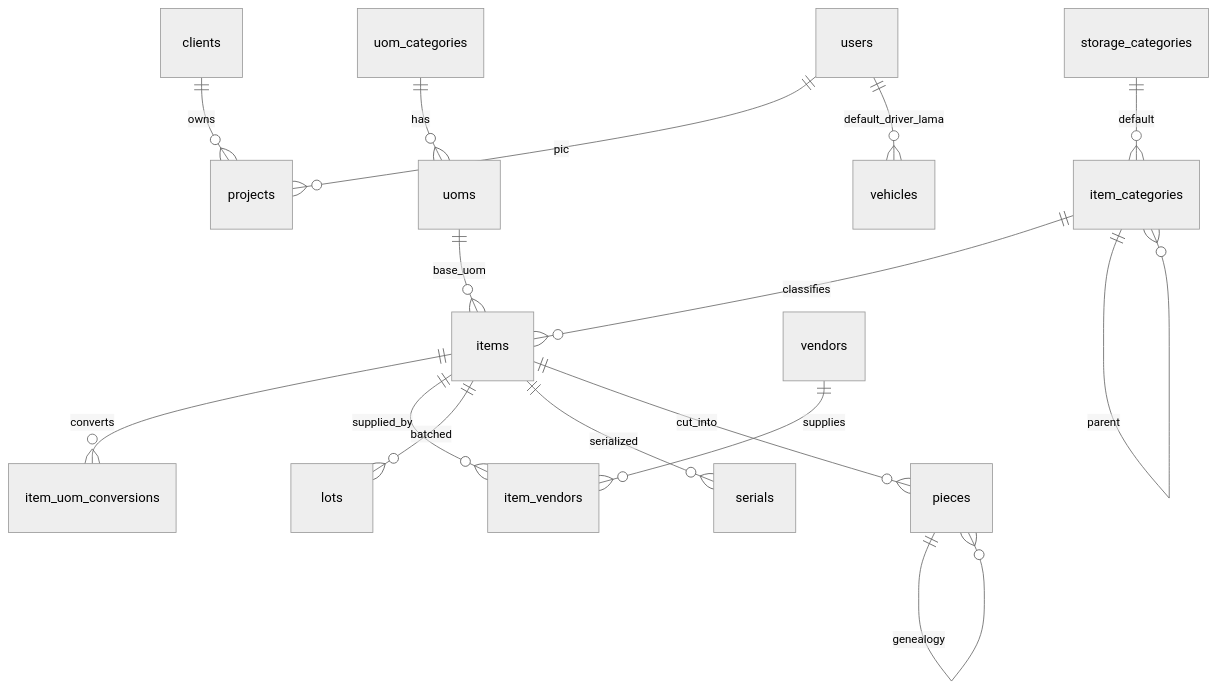
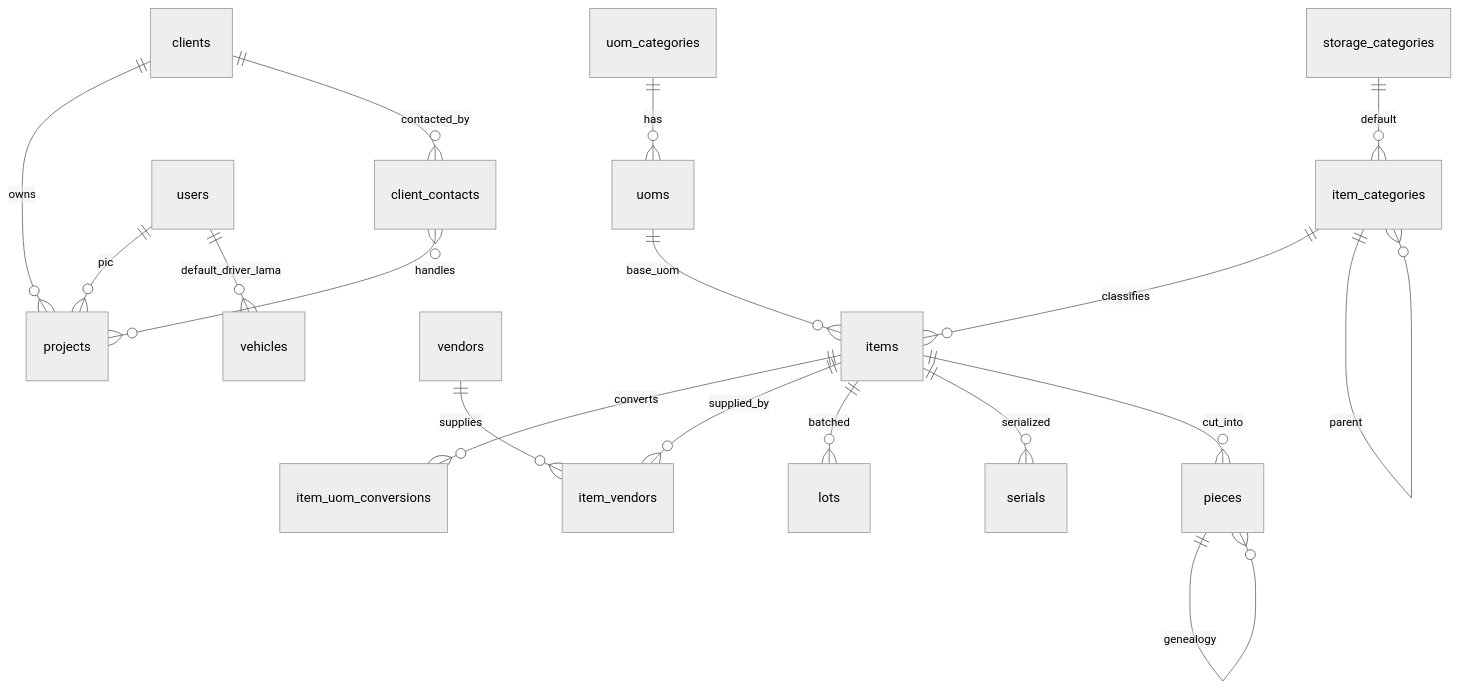
One commit to HengkyDarmawan/wms changed the diagram in docs/wms/11-master.md. Above: the diagram before and after it, drawn with Mermaid (neutral theme). The commit also changed other lines of this file and 88 other files, not shown here.

````diff
--- a/docs/wms/11-master.md
+++ b/docs/wms/11-master.md
@@ -84,18 +87,20 @@
 ```mermaid
 erDiagram
   clients ||--o{ projects : owns
+  clients ||--o{ client_contacts : contacted_by
+  client_contacts }o--o{ projects : handles
   users ||--o{ projects : pic
   item_categories ||--o{ items : classifies
   item_categories ||--o{ item_categories : parent
   storage_categories ||--o{ item_categories : default
   uom_categories ||--o{ uoms : has
   uoms ||--o{ items : base_uom
   items ||--o{ item_uom_conversions : converts
   items ||--o{ item_vendors : supplied_by
   vendors ||--o{ item_vendors : supplies
   items ||--o{ lots : batched
   items ||--o{ serials : serialized
   items ||--o{ pieces : cut_into
   pieces ||--o{ pieces : genealogy
   users ||--o{ vehicles : default_driver_lama
 ```
````
